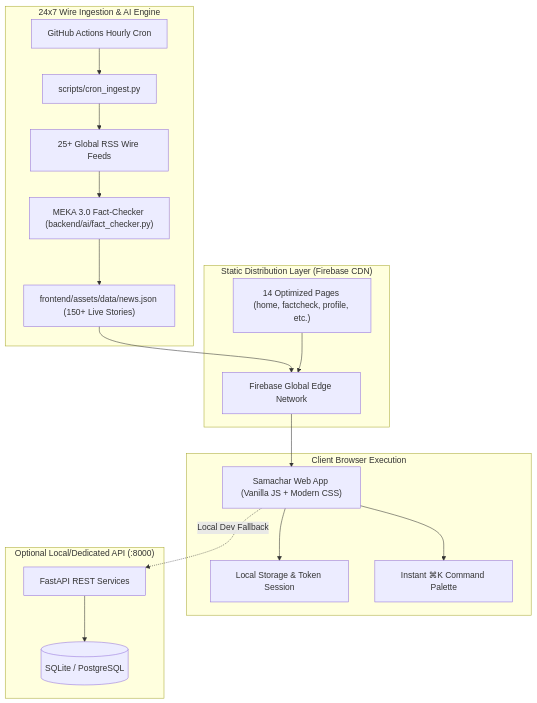
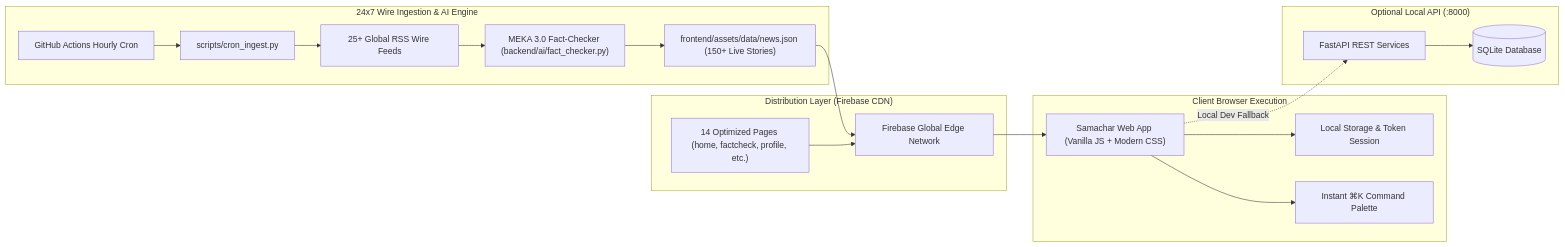
One commit to OK45batwal/samachar-news changed the diagram in README.md. Above: the diagram before and after it, drawn with Mermaid. The commit also changed other lines of this file, not shown here.

Commit message:
docs: update README.md with comprehensive live deployment info, 14 verified pages, architecture, and test suite

````diff
--- a/README.md
+++ b/README.md
@@ -40,27 +40,27 @@
 ```mermaid
-graph TD
+graph LR
     subgraph Ingestion ["24x7 Wire Ingestion & AI Engine"]
         Cron["GitHub Actions Hourly Cron"] --> IngestScript["scripts/cron_ingest.py"]
         IngestScript --> RSS["25+ Global RSS Wire Feeds"]
         RSS --> FactCheckEngine["MEKA 3.0 Fact-Checker (backend/ai/fact_checker.py)"]
         FactCheckEngine --> DatasetExport["frontend/assets/data/news.json (150+ Live Stories)"]
     end
 
-    subgraph CDN ["Static Distribution Layer (Firebase CDN)"]
+    subgraph CDN ["Distribution Layer (Firebase CDN)"]
         DatasetExport --> FirebaseHosting["Firebase Global Edge Network"]
         HTMLPages["14 Optimized Pages (home, factcheck, profile, etc.)"] --> FirebaseHosting
     end
 
     subgraph Client ["Client Browser Execution"]
         FirebaseHosting --> BrowserApp["Samachar Web App (Vanilla JS + Modern CSS)"]
         BrowserApp --> CacheEngine["Local Storage & Token Session"]
         BrowserApp --> SearchPalette["Instant ⌘K Command Palette"]
     end
 
-    subgraph Backend ["Optional Local/Dedicated API (:8000)"]
+    subgraph Backend ["Optional Local API (:8000)"]
         FastAPI["FastAPI REST Services"]
-        DB[(SQLite / PostgreSQL)]
+        DB[(SQLite Database)]
         FastAPI --> DB
         BrowserApp -.->|Local Dev Fallback| FastAPI
     end
 ```
````
